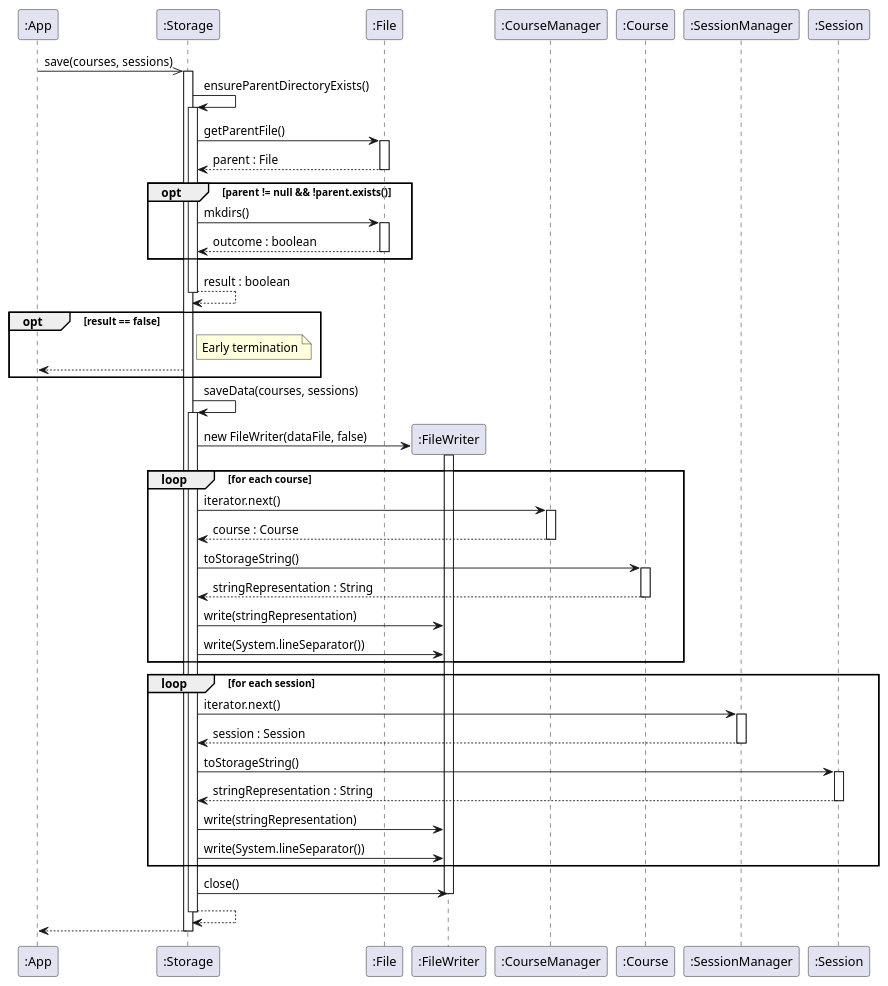
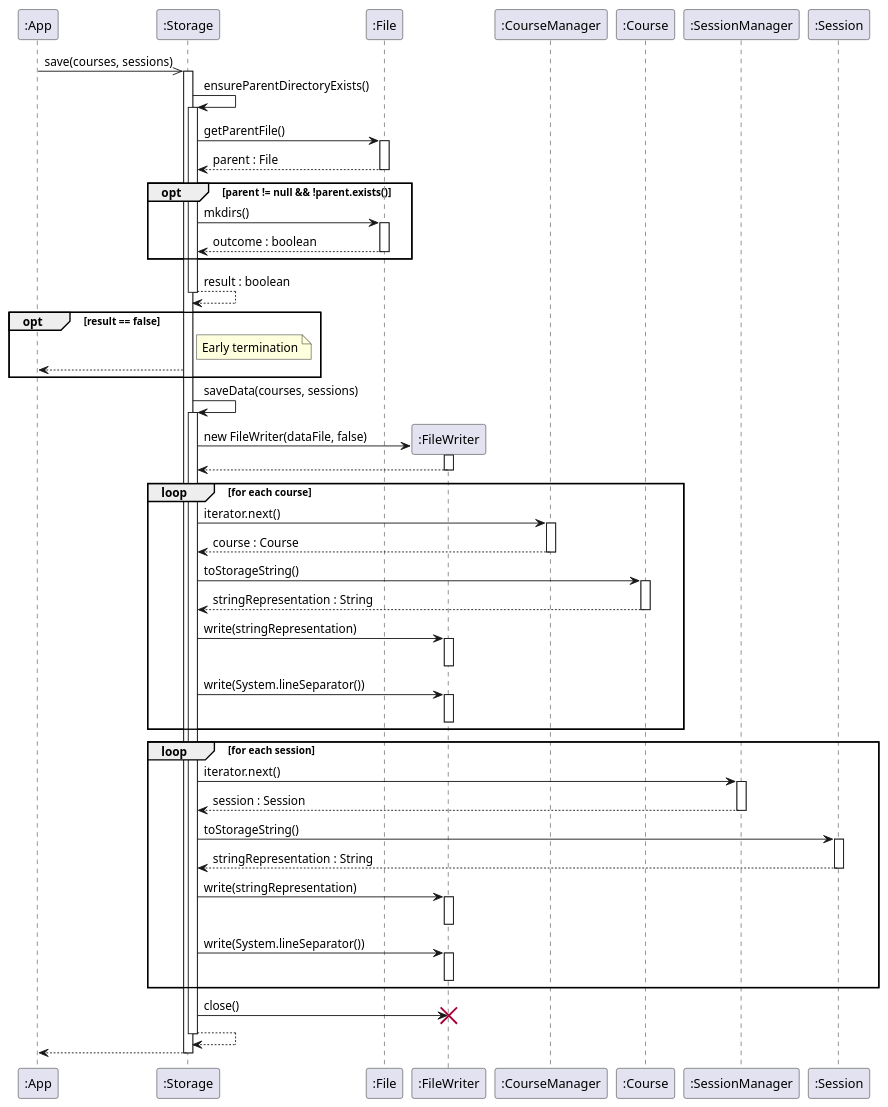
One commit to t-kandasami/tp changed the diagram in docs/diagrams/StorageSaveSequenceDiagram.puml. Above: the diagram before and after it, drawn with PlantUML. The commit also changed 1 other file, not shown here.

Commit message:
docs: correct storage save sequence diagram lifelines

```diff
--- a/docs/diagrams/StorageSaveSequenceDiagram.puml
+++ b/docs/diagrams/StorageSaveSequenceDiagram.puml
@@ -1,90 +1,102 @@
 @startuml
 'https://plantuml.com/sequence-diagram
 
 participant ":App" as Main
 participant ":Storage" as Storage
 participant ":File" as File
 participant ":FileWriter" as FW
 participant ":CourseManager" as CM
 participant ":Course" as Course
 participant ":SessionManager" as SM
 participant ":Session" as Session
 
 Main ->>Storage: save(courses, sessions)
 activate Storage
 
 Storage -> Storage: ensureParentDirectoryExists()
 activate Storage
 
 Storage -> File: getParentFile()
 activate File
 
 File --> Storage: parent : File
 deactivate File
 
 opt parent != null && !parent.exists()
     Storage -> File: mkdirs()
     activate File
 
     File --> Storage: outcome : boolean
     deactivate File
 end
 
 Storage --> Storage: result : boolean
 deactivate Storage
 
 opt result == false
     note right of Storage: Early termination
     Storage --> Main
 end
 
 Storage -> Storage: saveData(courses, sessions)
 activate Storage
 
 Storage -> FW**: new FileWriter(dataFile, false)
 activate FW
 
+FW --> Storage
+deactivate FW
+
 loop for each course
     Storage -> CM: iterator.next()
     activate CM
 
     CM --> Storage: course : Course
     deactivate CM
 
     Storage -> Course: toStorageString()
     activate Course
 
     Course --> Storage: stringRepresentation : String
     deactivate Course
 
     Storage -> FW: write(stringRepresentation)
+    activate FW
+    deactivate FW
+
     Storage -> FW: write(System.lineSeparator())
+    activate FW
+    deactivate FW
 end
 
 loop for each session
     Storage -> SM: iterator.next()
     activate SM
 
     SM --> Storage: session : Session
     deactivate SM
 
     Storage -> Session: toStorageString()
     activate Session
 
     Session --> Storage: stringRepresentation : String
     deactivate Session
 
     Storage -> FW: write(stringRepresentation)
+    activate FW
+    deactivate FW
     Storage -> FW: write(System.lineSeparator())
+    activate FW
+    deactivate FW
 end
 
 Storage -> FW: close()
-deactivate FW
+destroy FW
 
 Storage --> Storage
 deactivate Storage
 
 Storage --> Main
 deactivate Storage
 
 @enduml
```
